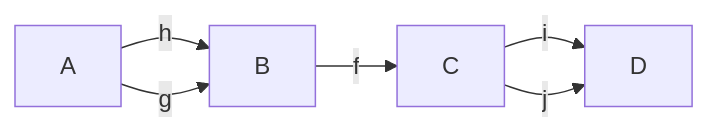
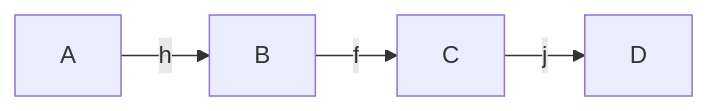
The first of 4 diagrams in Unidad 4/p4.md (AgustinRamiroDiaz/LCC-CM2), drawn with Mermaid before and after one commit. The commit also changed other lines of this file and 1 other file, not shown here.

````diff
--- a/Unidad 4/p4.md
+++ b/Unidad 4/p4.md
@@ -131,8 +131,6 @@
 ```mermaid
 graph LR;
     A-->|h|B
-    A-->|g|B
     B-->|f|C
-    C-->|i|D
     C-->|j|D
 ```
````
